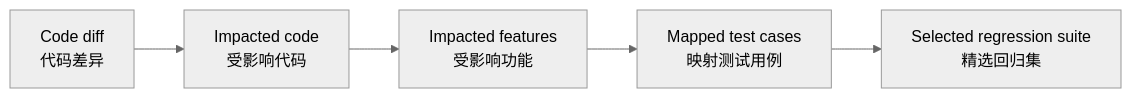
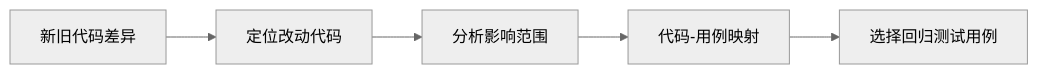
Before and after one commit to Ziwen-Lii/pique-review-site: the diagram in src/content/test-lecture-06.md, drawn with Mermaid (neutral theme). The commit also changed other lines of this file and 8 other files, not shown here.

````diff
--- a/src/content/test-lecture-06.md
+++ b/src/content/test-lecture-06.md
@@ -295,7 +277,7 @@
 ```mermaid
 flowchart LR
-  A["Code diff<br/>代码差异"] --> B["Impacted code<br/>受影响代码"]
-  B --> C["Impacted features<br/>受影响功能"]
-  C --> D["Mapped test cases<br/>映射测试用例"]
-  D --> E["Selected regression suite<br/>精选回归集"]
+  A["新旧代码差异"] --> B["定位改动代码"]
+  B --> C["分析影响范围"]
+  C --> D["代码-用例映射"]
+  D --> E["选择回归测试用例"]
 ```
````
